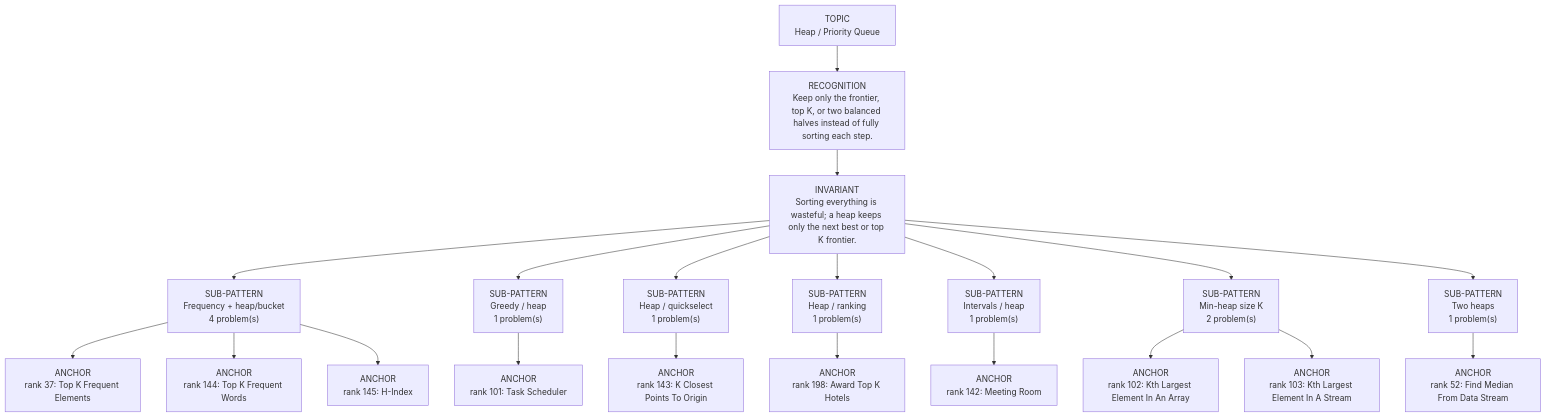
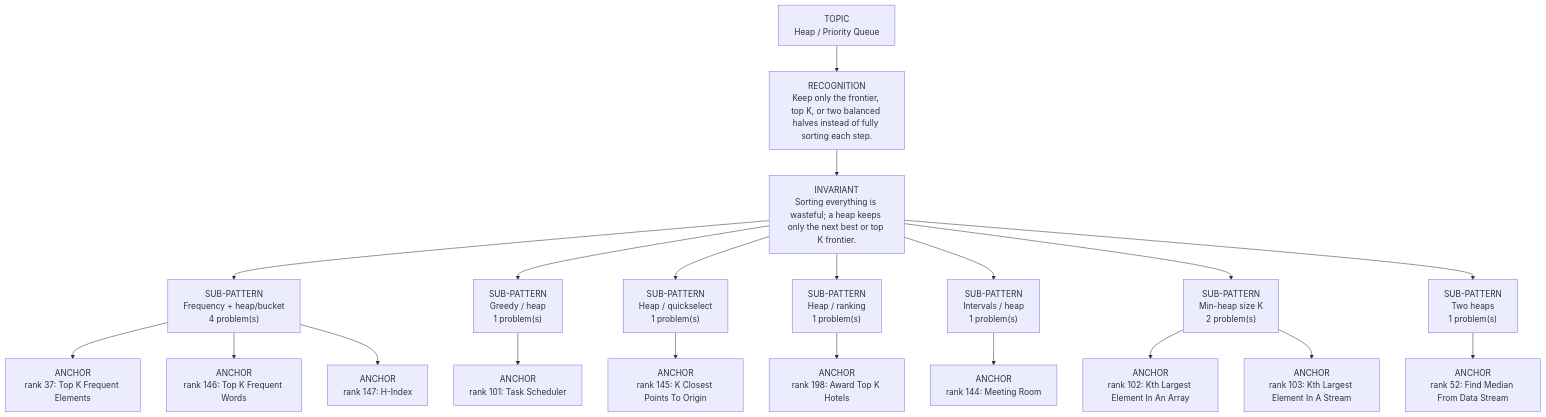
One commit to thechiranjeevjain/DSA10days changed the diagram in dsa-review/interview/patterns/15_heap.md. Above: the diagram before and after it, drawn with Mermaid. The commit also changed other lines of this file and 30 other files, not shown here.

````diff
--- a/dsa-review/interview/patterns/15_heap.md
+++ b/dsa-review/interview/patterns/15_heap.md
@@ -15,24 +15,24 @@
 ```mermaid
 flowchart TD
   Topic["TOPIC<br/>Heap / Priority Queue"]
   Recognition["RECOGNITION<br/>Keep only the frontier, top K, or two balanced halves instead of fully sorting each step."]
   Invariant["INVARIANT<br/>Sorting everything is wasteful; a heap keeps only the next best or top K frontier."]
   Topic --> Recognition --> Invariant
   Invariant --> Sub01["SUB-PATTERN<br/>Frequency + heap/bucket<br/>4 problem(s)"]
   Sub01 --> Sub01A01["ANCHOR<br/>rank 37: Top K Frequent Elements"]
-  Sub01 --> Sub01A02["ANCHOR<br/>rank 144: Top K Frequent Words"]
-  Sub01 --> Sub01A03["ANCHOR<br/>rank 145: H-Index"]
+  Sub01 --> Sub01A02["ANCHOR<br/>rank 146: Top K Frequent Words"]
+  Sub01 --> Sub01A03["ANCHOR<br/>rank 147: H-Index"]
   Invariant --> Sub02["SUB-PATTERN<br/>Greedy / heap<br/>1 problem(s)"]
   Sub02 --> Sub02A01["ANCHOR<br/>rank 101: Task Scheduler"]
   Invariant --> Sub03["SUB-PATTERN<br/>Heap / quickselect<br/>1 problem(s)"]
-  Sub03 --> Sub03A01["ANCHOR<br/>rank 143: K Closest Points To Origin"]
+  Sub03 --> Sub03A01["ANCHOR<br/>rank 145: K Closest Points To Origin"]
   Invariant --> Sub04["SUB-PATTERN<br/>Heap / ranking<br/>1 problem(s)"]
   Sub04 --> Sub04A01["ANCHOR<br/>rank 198: Award Top K Hotels"]
   Invariant --> Sub05["SUB-PATTERN<br/>Intervals / heap<br/>1 problem(s)"]
-  Sub05 --> Sub05A01["ANCHOR<br/>rank 142: Meeting Room"]
+  Sub05 --> Sub05A01["ANCHOR<br/>rank 144: Meeting Room"]
   Invariant --> Sub06["SUB-PATTERN<br/>Min-heap size K<br/>2 problem(s)"]
   Sub06 --> Sub06A01["ANCHOR<br/>rank 102: Kth Largest Element In An Array"]
   Sub06 --> Sub06A02["ANCHOR<br/>rank 103: Kth Largest Element In A Stream"]
   Invariant --> Sub07["SUB-PATTERN<br/>Two heaps<br/>1 problem(s)"]
   Sub07 --> Sub07A01["ANCHOR<br/>rank 52: Find Median From Data Stream"]
 ```
````
